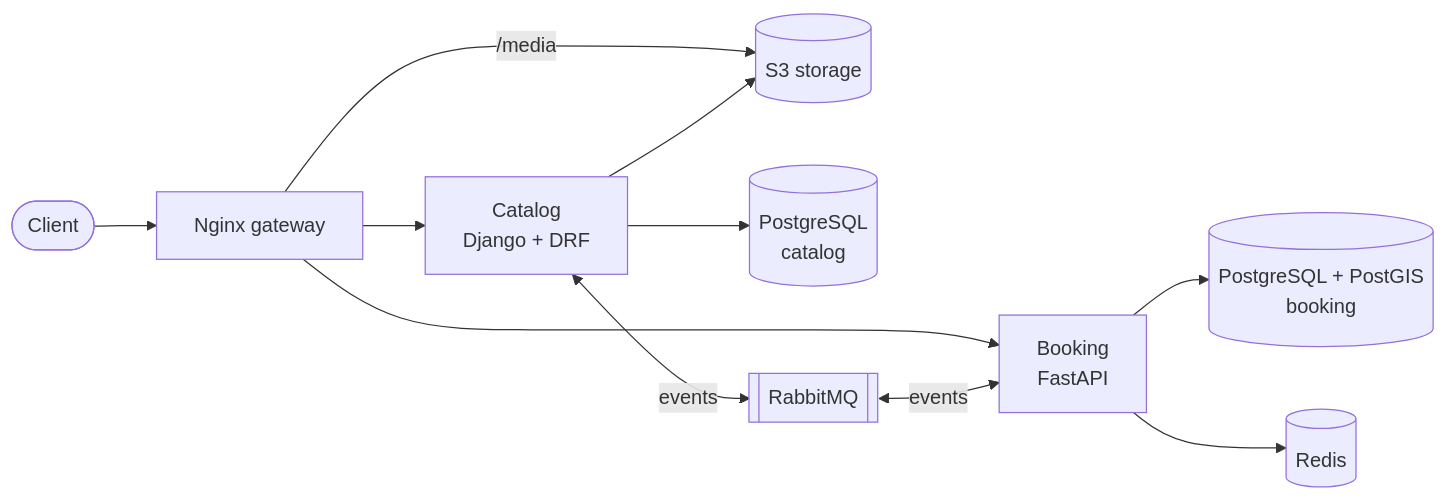
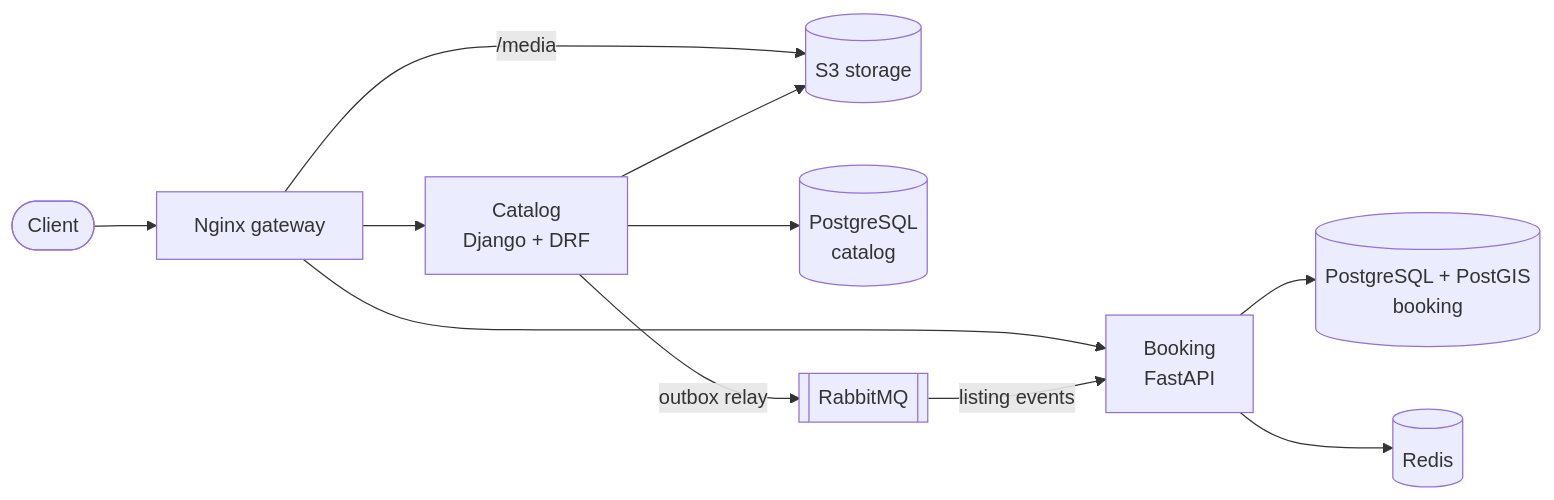
One commit to Nersaa/booking-platform changed the first of 3 diagrams in README.md. Above: the diagram before and after it, drawn with Mermaid. The commit also changed other lines of this file and 69 other files, not shown here.

Commit message:
Stage 2: transactional outbox, Booking service with pricing and availability

````diff
--- a/README.md
+++ b/README.md
@@ -11,13 +11,13 @@
 ```mermaid
 flowchart LR
     client([Client]) --> nginx[Nginx gateway]
     nginx --> catalog[Catalog<br/>Django + DRF]
     nginx --> booking[Booking<br/>FastAPI]
     nginx -- /media --> s3[(S3 storage)]
     catalog --> catalogdb[(PostgreSQL<br/>catalog)]
     booking --> bookingdb[(PostgreSQL + PostGIS<br/>booking)]
-    catalog <-- events --> mq[[RabbitMQ]]
-    mq <-- events --> booking
+    catalog -- outbox relay --> mq[[RabbitMQ]]
+    mq -- listing events --> booking
     catalog --> s3
     booking --> redis[(Redis)]
 ```
````
